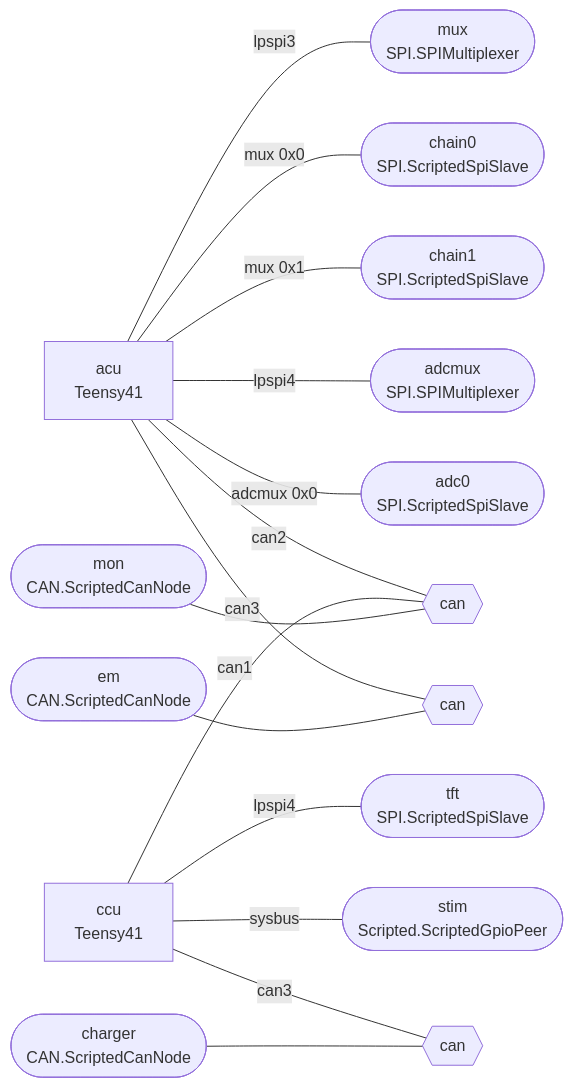
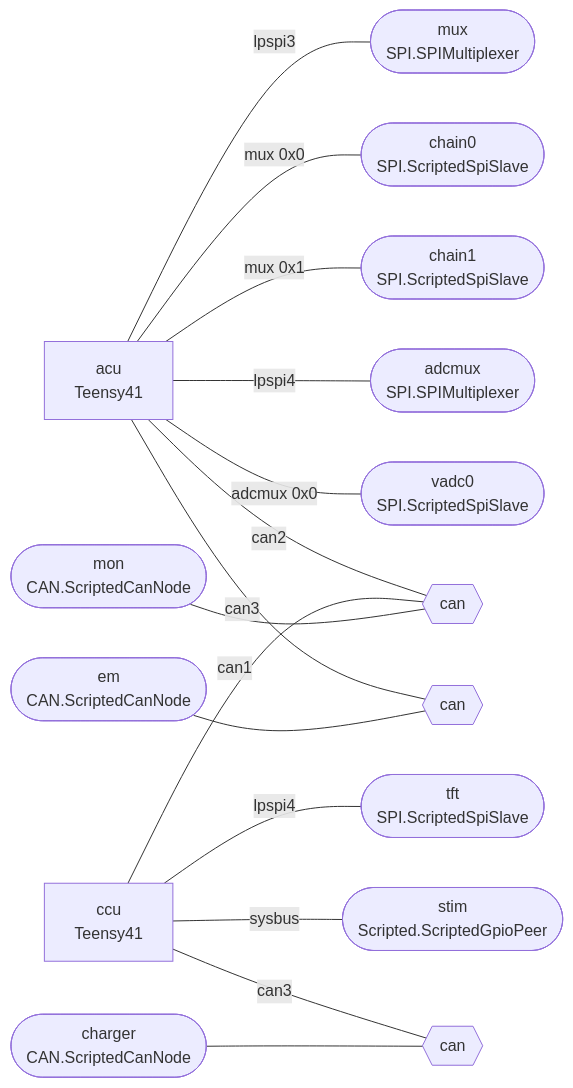
Before and after one commit to simantic-dev/vehicle-firmware: the second of 2 diagrams in README.md, drawn with Mermaid. The commit also changed other lines of this file and 12 other files, not shown here.

First line of the commit message:
sim: rename SPI peers adc0/adc1 to vadc0/vadc1; VCF and VCR now boot; add boot playback GIF

````diff
--- a/README.md
+++ b/README.md
@@ -75,32 +82,32 @@
 ```mermaid
 flowchart LR
   acu["acu<br/>Teensy41"]
   acu_mux(["mux<br/>SPI.SPIMultiplexer"])
   acu -- "lpspi3" --- acu_mux
   acu_chain0(["chain0<br/>SPI.ScriptedSpiSlave"])
   acu -- "mux 0x0" --- acu_chain0
   acu_chain1(["chain1<br/>SPI.ScriptedSpiSlave"])
   acu -- "mux 0x1" --- acu_chain1
   acu_adcmux(["adcmux<br/>SPI.SPIMultiplexer"])
   acu -- "lpspi4" --- acu_adcmux
-  acu_adc0(["adc0<br/>SPI.ScriptedSpiSlave"])
+  acu_adc0(["vadc0<br/>SPI.ScriptedSpiSlave"])
   acu -- "adcmux 0x0" --- acu_adc0
   acu_em(["em<br/>CAN.ScriptedCanNode"])
   ccu["ccu<br/>Teensy41"]
   ccu_tft(["tft<br/>SPI.ScriptedSpiSlave"])
   ccu -- "lpspi4" --- ccu_tft
   ccu_stim(["stim<br/>Scripted.ScriptedGpioPeer"])
   ccu -- "sysbus" --- ccu_stim
   ccu_charger(["charger<br/>CAN.ScriptedCanNode"])
   ccu_mon(["mon<br/>CAN.ScriptedCanNode"])
   medium0{{"can"}}
   acu -- "can2" --- medium0
   ccu -- "can1" --- medium0
   ccu_mon --- medium0
   medium1{{"can"}}
   acu -- "can3" --- medium1
   acu_em --- medium1
   medium2{{"can"}}
   ccu -- "can3" --- medium2
   ccu_charger --- medium2
 ```
````
